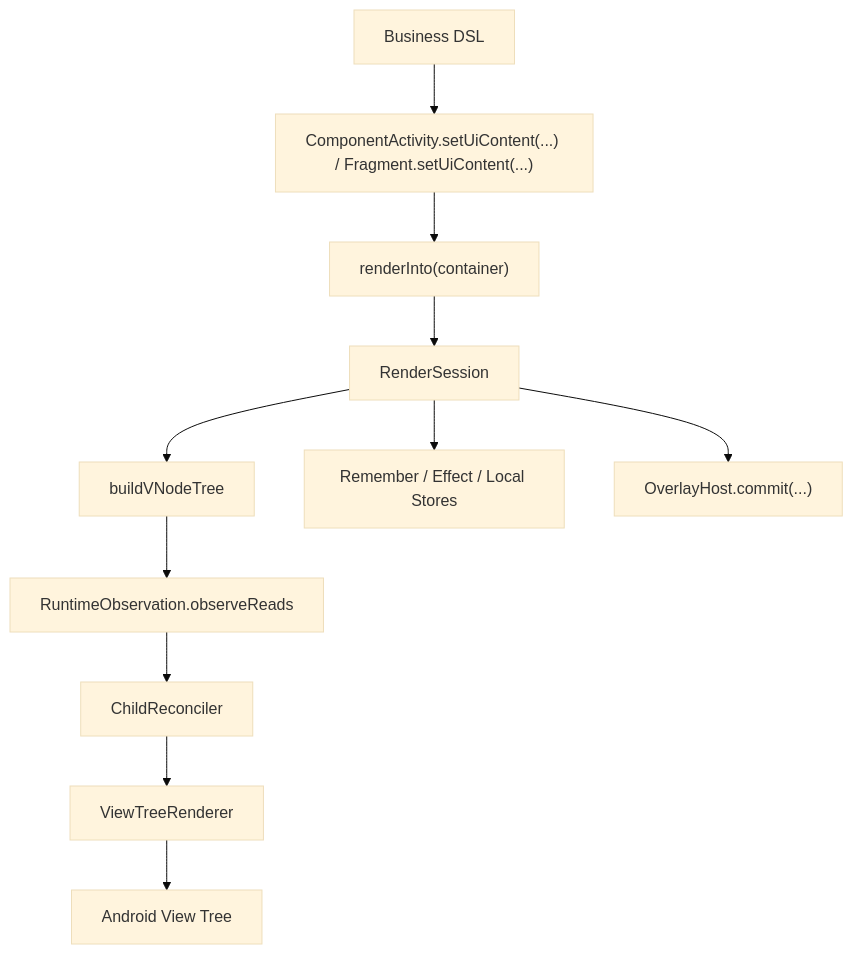
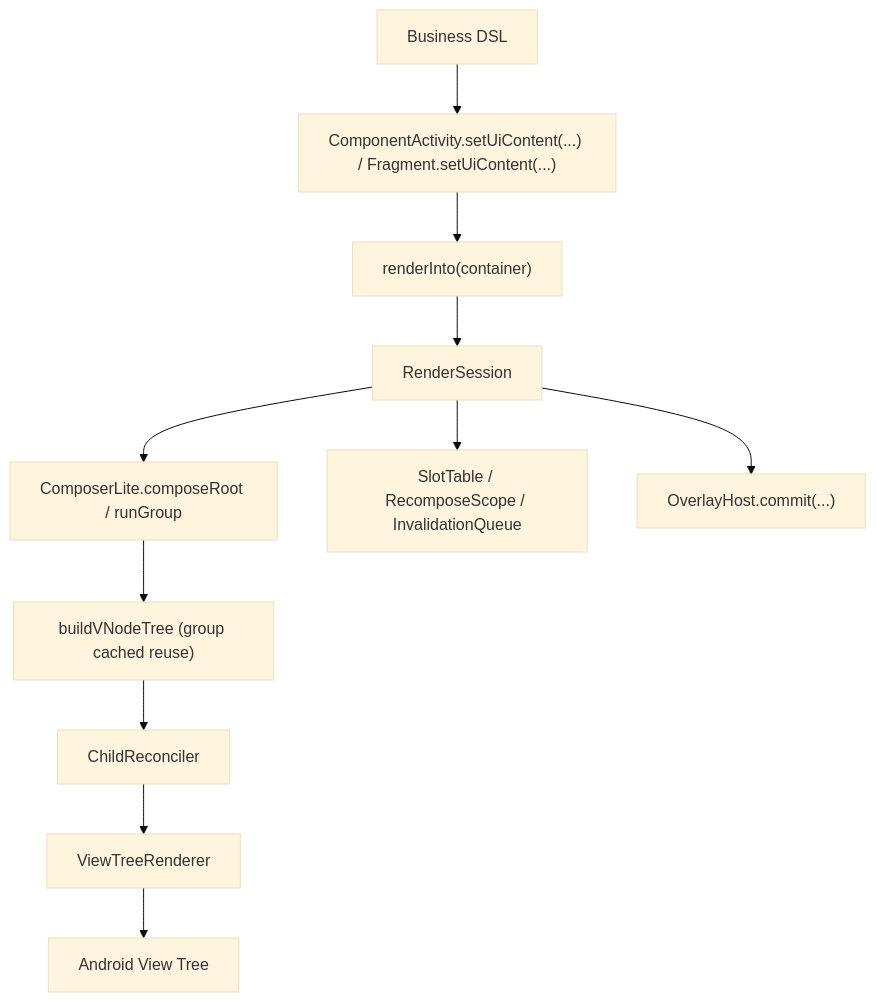
The diagram in ARCHITECTURE.md (guozhiqiang123/ViewCompose), drawn with Mermaid (base theme) before and after one commit. The commit also changed other lines of this file and 5 other files, not shown here.

Commit message:
docs: align architecture/performance roadmap for recomposition-lite

````diff
--- a/ARCHITECTURE.md
+++ b/ARCHITECTURE.md
@@ -80,13 +80,13 @@
 ```mermaid
 flowchart TD
     A["Business DSL"] --> B["ComponentActivity.setUiContent(...) / Fragment.setUiContent(...)"]
     B --> C["renderInto(container)"]
     C --> D["RenderSession"]
-    D --> E["buildVNodeTree"]
-    E --> F["RuntimeObservation.observeReads"]
+    D --> E["ComposerLite.composeRoot / runGroup"]
+    E --> F["buildVNodeTree (group cached reuse)"]
     F --> G["ChildReconciler"]
     G --> H["ViewTreeRenderer"]
     H --> I["Android View Tree"]
-    D --> J["Remember / Effect / Local Stores"]
+    D --> J["SlotTable / RecomposeScope / InvalidationQueue"]
     D --> K["OverlayHost.commit(...)"]
 ```
````
